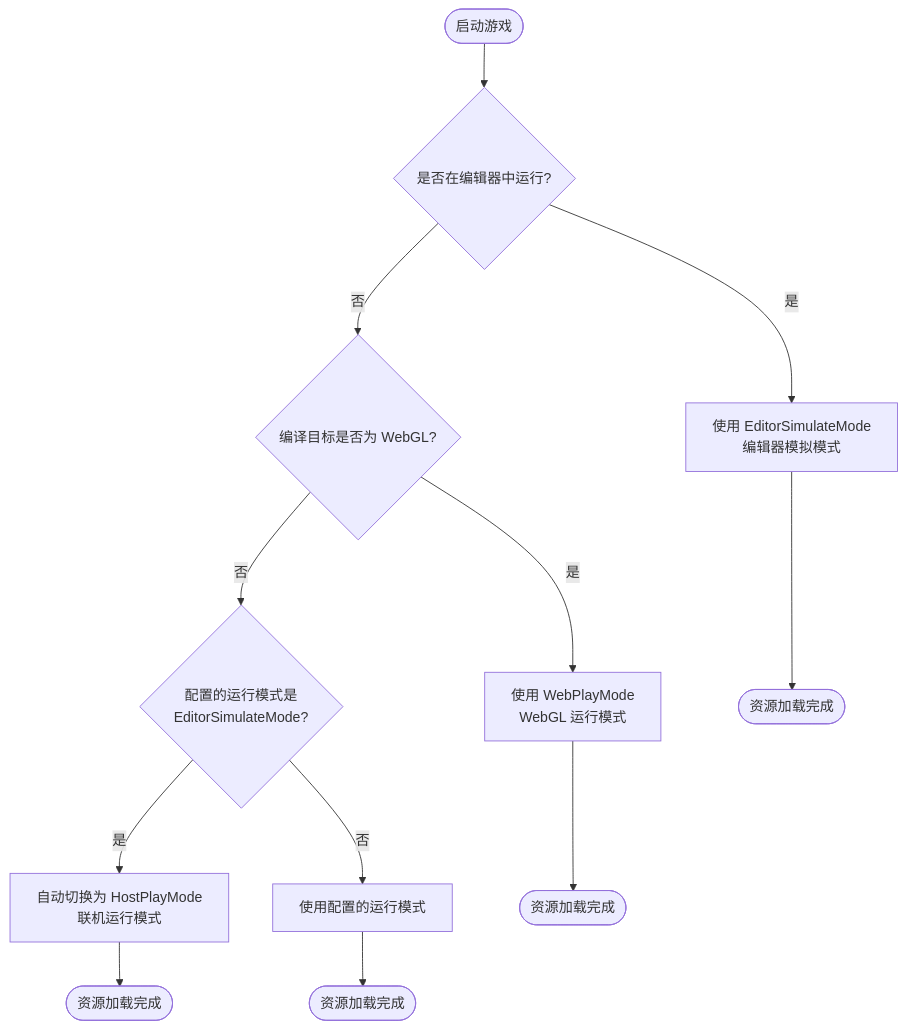
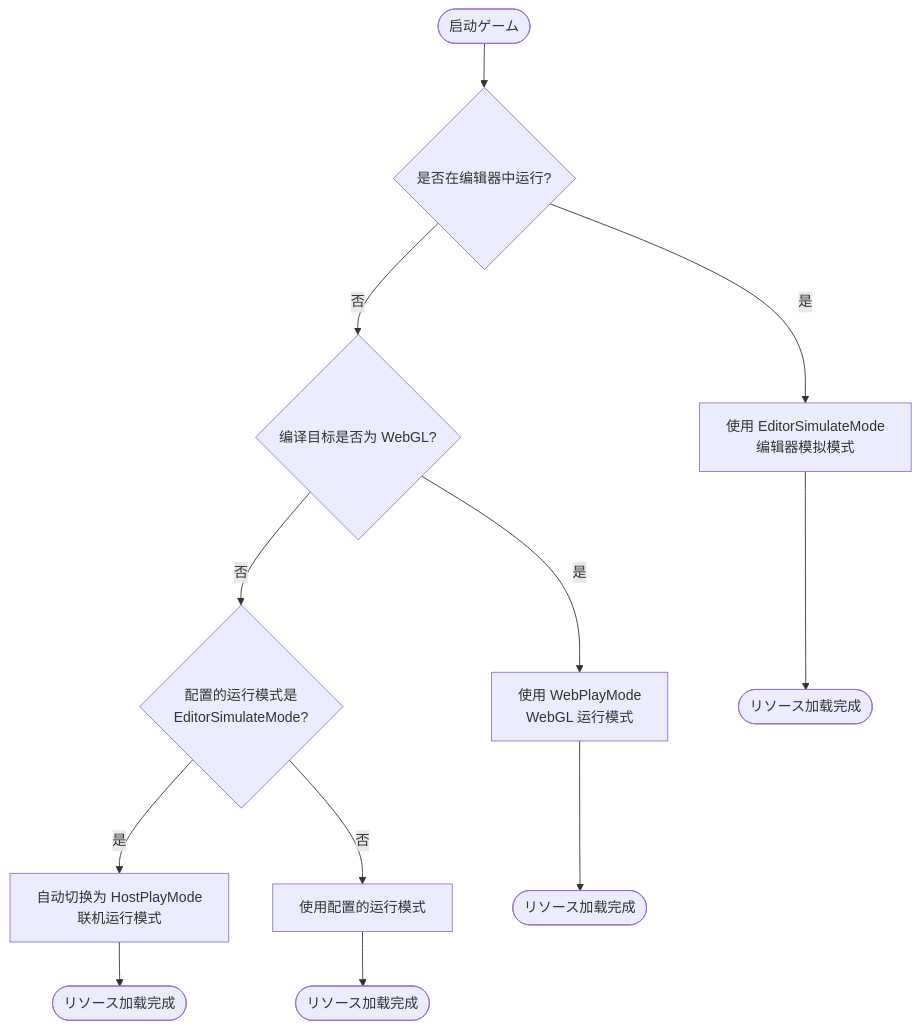
The first of 2 diagrams in docs/ja/client/unity/component/asset/16.platforms.md (AlianBlank/GameFrameX.Docs), drawn with Mermaid before and after one commit. The commit also changed other lines of this file and 603 other files, not shown here.

````diff
--- a/docs/ja/client/unity/component/asset/16.platforms.md
+++ b/docs/ja/client/unity/component/asset/16.platforms.md
@@ -44,18 +44,18 @@
 ```mermaid
 flowchart TD
-    Start([启动游戏]) --> EditorMode{是否在编辑器中运行?}
+    Start([启动ゲーム]) --> EditorMode{是否在编辑器中运行?}
     
     EditorMode -->|是| SimulateMode[使用 EditorSimulateMode<br/>编辑器模拟模式]
     EditorMode -->|否| WebGLCheck{编译目标是否为 WebGL?}
     
     WebGLCheck -->|是| WebMode[使用 WebPlayMode<br/>WebGL 运行模式]
     WebGLCheck -->|否| ConfigCheck{配置的运行模式是<br/>EditorSimulateMode?}
     
     ConfigCheck -->|是| HostMode[自动切换为 HostPlayMode<br/>联机运行模式]
     ConfigCheck -->|否| UseConfig[使用配置的运行模式]
     
-    SimulateMode --> End1([资源加载完成])
-    WebMode --> End2([资源加载完成])
-    HostMode --> End3([资源加载完成])
-    UseConfig --> End4([资源加载完成])
+    SimulateMode --> End1([リソース加载完成])
+    WebMode --> End2([リソース加载完成])
+    HostMode --> End3([リソース加载完成])
+    UseConfig --> End4([リソース加载完成])
 ```
````
